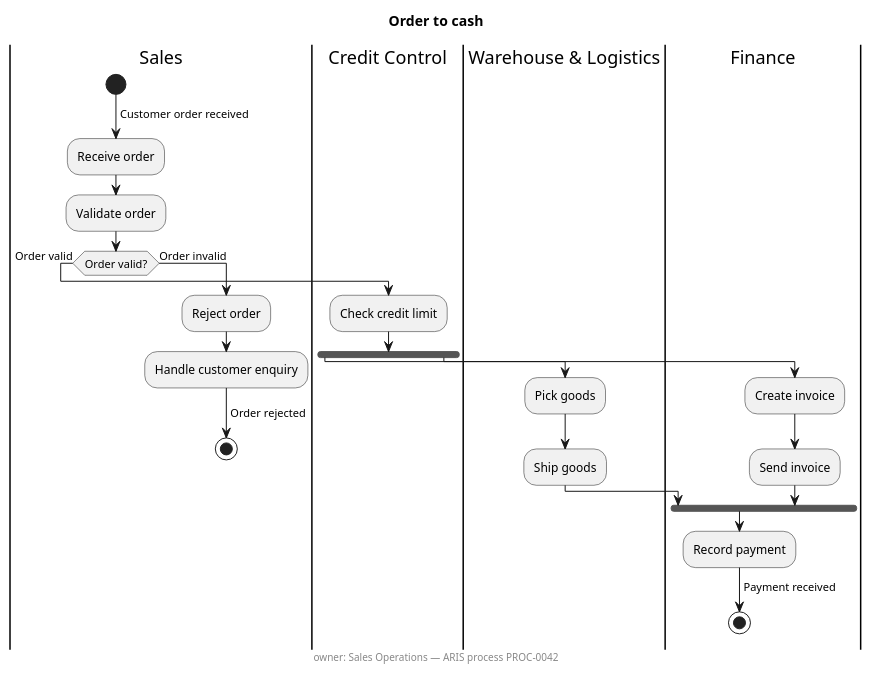
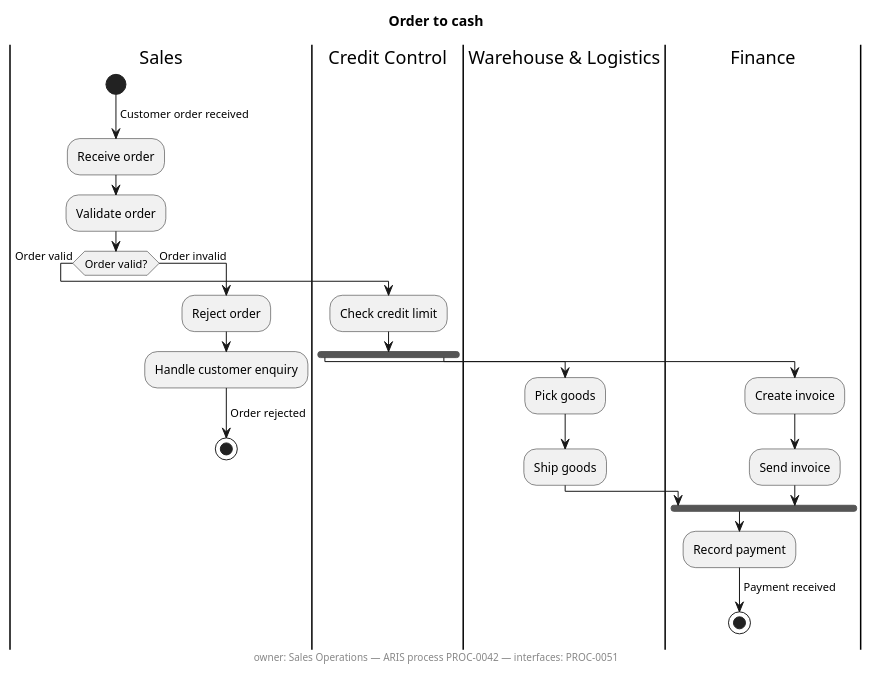
The diagram in docs/process-demo/order_to_cash.puml (fdurieux/pumllint), drawn with PlantUML before and after one commit. The commit also changed 1 other file, not shown here.

Commit message:
Mapping table: process interface IDs go in the footer, where trace reads them
The §2 row for a process interface kept the linked ID only in an
' aris: interface comment, which no rule and not pumllint trace ever
sees. The row now also puts the ID in the footer (— interfaces: …),
the demo diagram carries it, and §7 documents the aris2puml --manifest
plus trace --fail-on-unknown-ref pair that reports a referenced process
with no diagram. Docs only; both suites pass.

Claude-Session: https://claude.ai/code/session_01MnNQKMWM8qAMeFsQAL4KrH

```diff
--- a/docs/process-demo/order_to_cash.puml
+++ b/docs/process-demo/order_to_cash.puml
@@ -1,39 +1,40 @@
 @startuml order-to-cash
 ' Hand-derived from an ARIS EPC "Order to cash" following the mapping table
 ' in docs/business-processes.md: functions are verb-first actions, org units
 ' are swimlanes, events ride on arrow labels and XOR branch labels, the AND
 ' connector is a fork, the process interface is an action with an aris: marker. The
-' footer carries the governance tags GEN006/GEN007 look for.
+' footer carries the governance tags GEN006/GEN007 look for and the IDs the
+' process interfaces link to, which is where `pumllint trace` reads them.
 title Order to cash
-footer owner: Sales Operations — ARIS process PROC-0042
+footer owner: Sales Operations — ARIS process PROC-0042 — interfaces: PROC-0051
 
 |Sales|
 start
 -> Customer order received;
 :Receive order;
 :Validate order;
 if (Order valid?) then (Order valid)
   |Credit Control|
   :Check credit limit;
   fork
     |Warehouse & Logistics|
     :Pick goods;
     :Ship goods;
   fork again
     |Finance|
     :Create invoice;
     :Send invoice;
   end fork
   |Finance|
   :Record payment;
   -> Payment received;
   stop
 else (Order invalid)
   |Sales|
   :Reject order;
   ' aris: interface PROC-0051
   :Handle customer enquiry;
   -> Order rejected;
   stop
 endif
 @enduml
```
